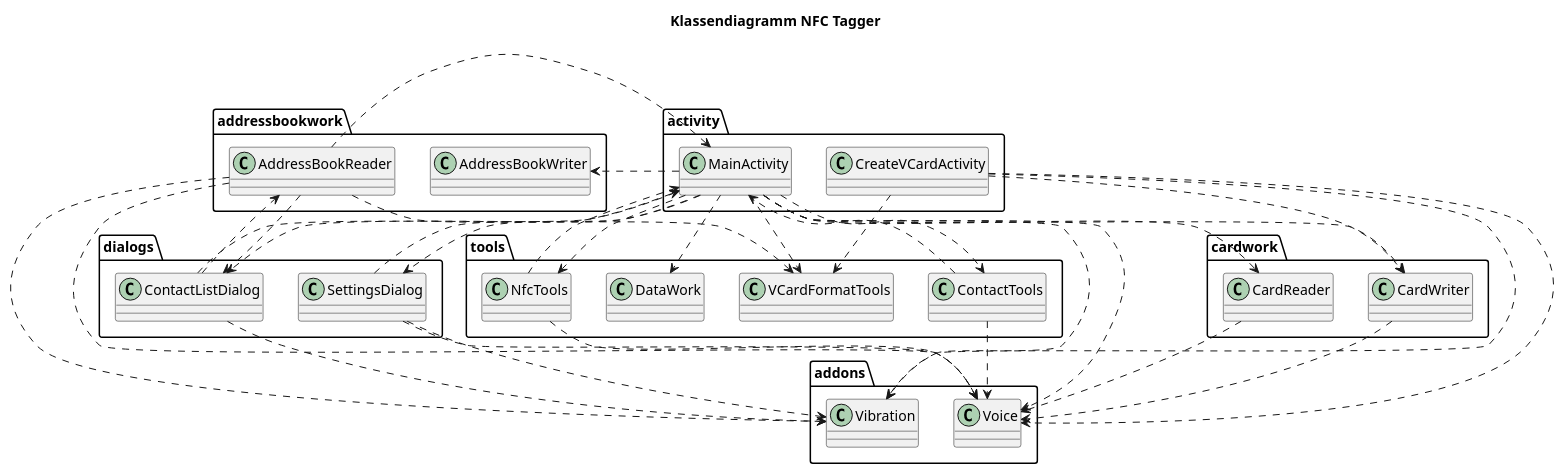
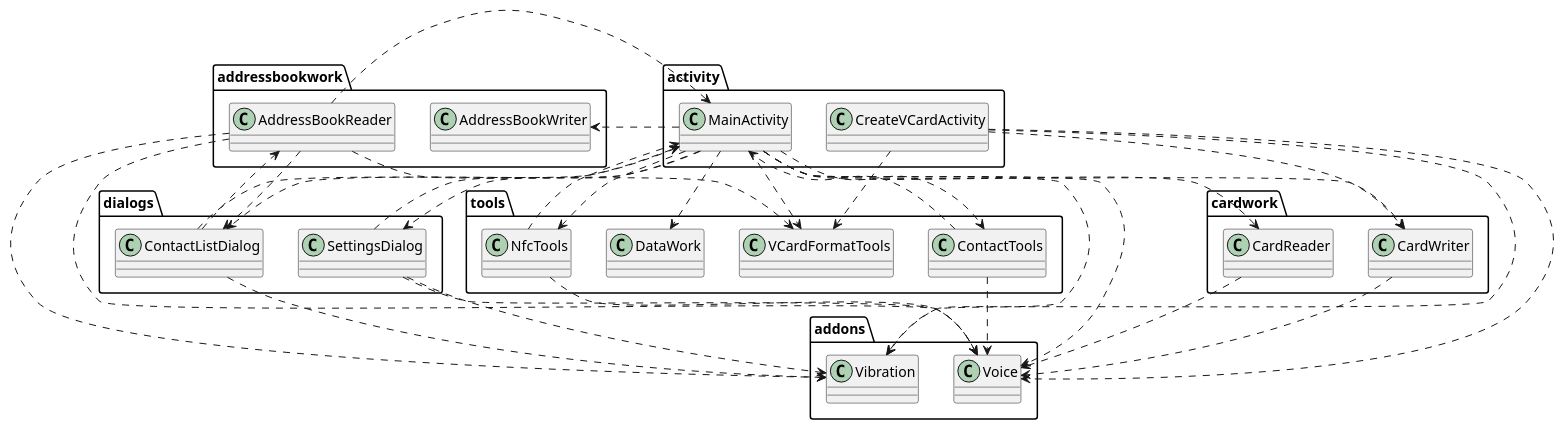
The diagram in UML/general_class.puml (NFCdroid/doku), drawn with PlantUML before and after one commit. The commit also changed 7 other files, not shown here.

Commit message:
UML-Diagramme nun in Doku

```diff
--- a/UML/general_class.puml
+++ b/UML/general_class.puml
@@ -1,51 +1,50 @@
 @startuml
-title Klassendiagramm NFC Tagger
 
 class activity.CreateVCardActivity
 class activity.MainActivity
 class addons.Vibration
 class addons.Voice
 class addressbookwork.AddressBookReader
 class addressbookwork.AddressBookWriter
 class cardwork.CardReader
 class cardwork.CardWriter
 class dialogs.ContactListDialog
 class dialogs.SettingsDialog
 class tools.ContactTools
 class tools.DataWork
 class tools.NfcTools
 class tools.VCardFormatTools
 
 activity.CreateVCardActivity ..> addons.Vibration
 activity.CreateVCardActivity ..> addons.Voice
 activity.CreateVCardActivity ..> cardwork.CardWriter
 activity.CreateVCardActivity ..> tools.VCardFormatTools
 activity.MainActivity ..> addons.Vibration
 activity.MainActivity ..> addons.Voice
 activity.MainActivity ..> addressbookwork.AddressBookWriter
 activity.MainActivity ..> cardwork.CardReader
 activity.MainActivity ..> cardwork.CardWriter
 activity.MainActivity ..> dialogs.ContactListDialog
 activity.MainActivity ..> dialogs.SettingsDialog
 activity.MainActivity ..> tools.ContactTools
 activity.MainActivity ..> tools.DataWork
 activity.MainActivity ..> tools.NfcTools
 activity.MainActivity ..> tools.VCardFormatTools
 addressbookwork.AddressBookReader ..> activity.MainActivity
 addressbookwork.AddressBookReader ..> addons.Vibration
 addressbookwork.AddressBookReader ..> addons.Voice
 addressbookwork.AddressBookReader ..> dialogs.ContactListDialog
 addressbookwork.AddressBookReader ..> tools.VCardFormatTools
 cardwork.CardReader ..> addons.Voice
 cardwork.CardWriter ..> addons.Voice
 dialogs.ContactListDialog ..> activity.MainActivity
 dialogs.ContactListDialog ..> addons.Vibration
 dialogs.ContactListDialog ..> addressbookwork.AddressBookReader
 dialogs.SettingsDialog ..> activity.MainActivity
 dialogs.SettingsDialog ..> addons.Vibration
 dialogs.SettingsDialog ..> addons.Voice
 tools.ContactTools ..> activity.MainActivity
 tools.ContactTools ..> addons.Voice
 tools.NfcTools ..> activity.MainActivity
 tools.NfcTools ..> addons.Voice
 @enduml
```
